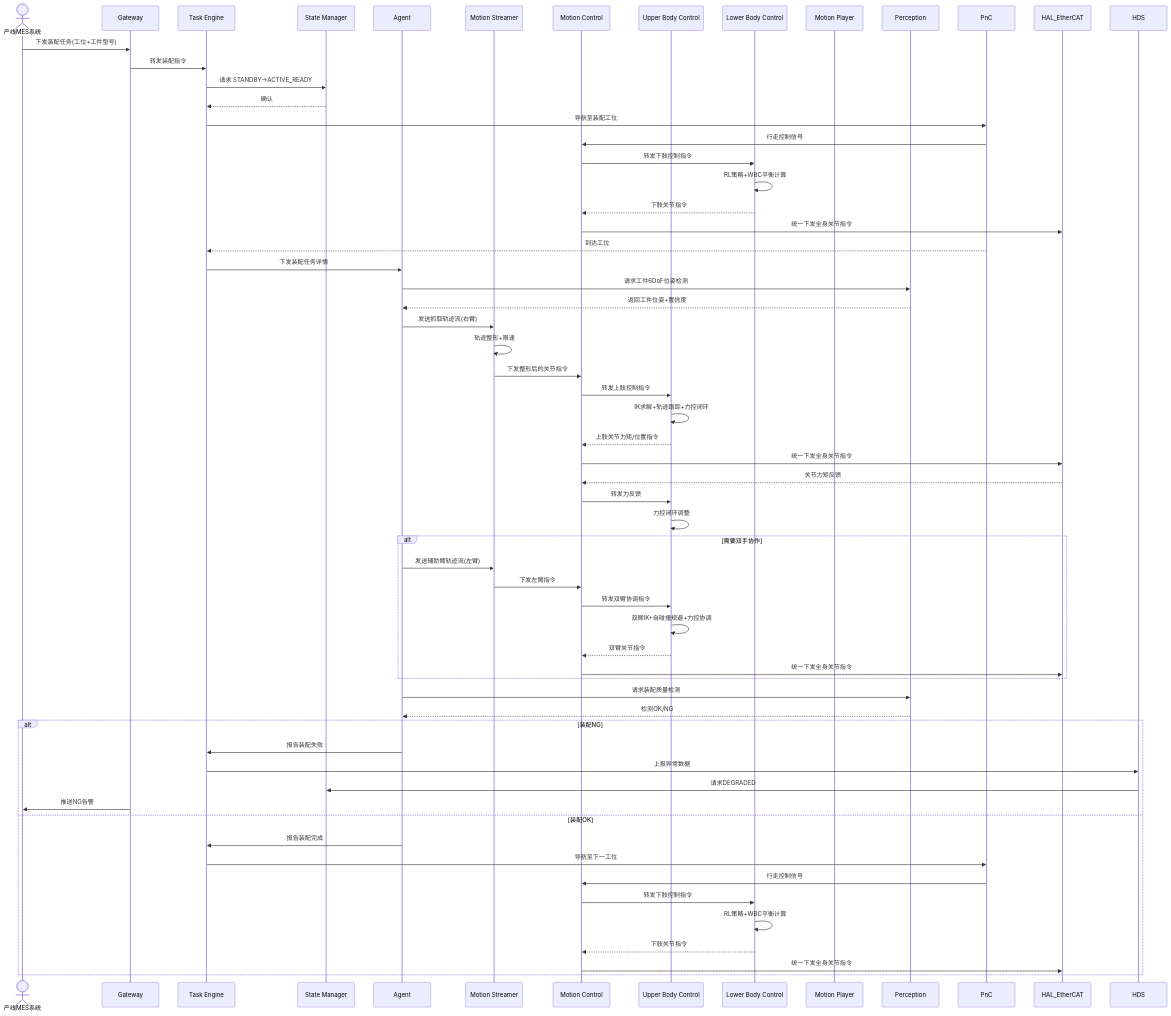
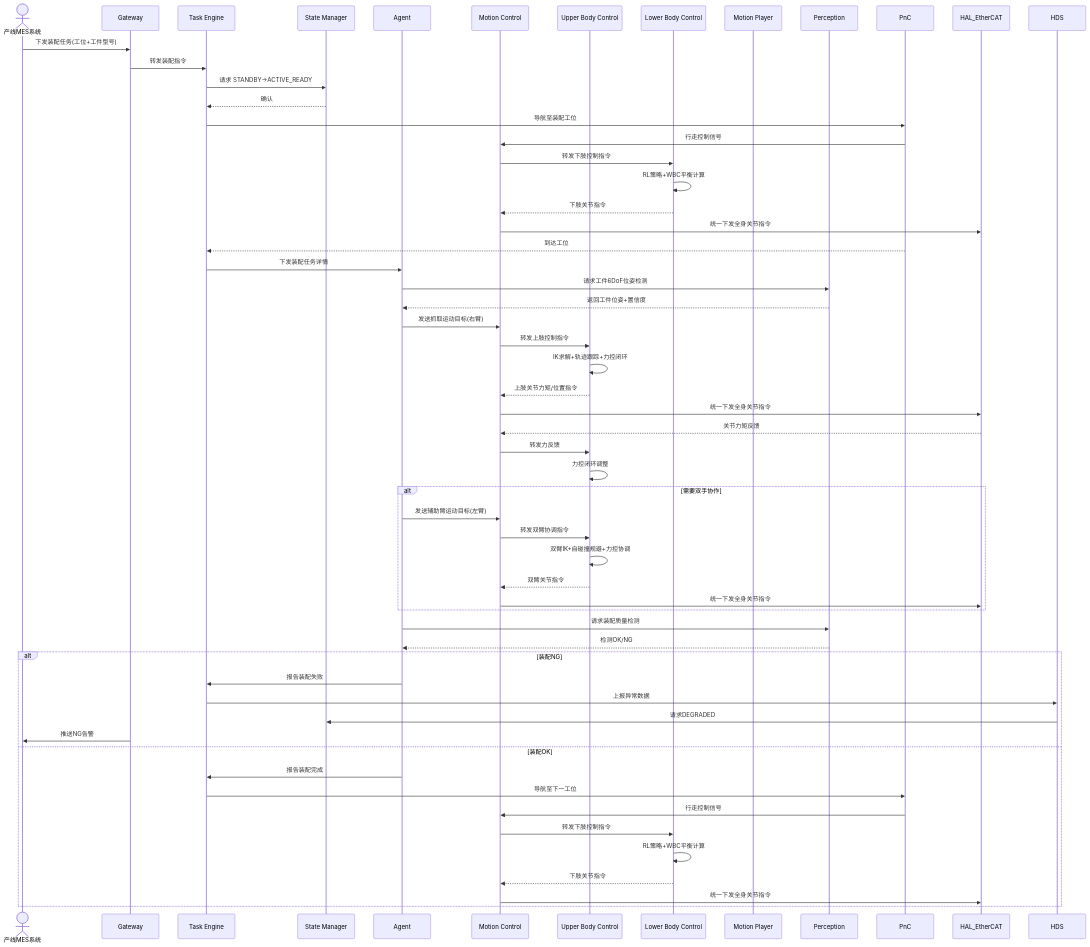
Before and after one commit to Tomaxwell/HomoBot: the diagram in design/use_cases/use_case_02_factory_assembly.md, drawn with Mermaid. The commit also changed other lines of this file and 66 other files, not shown here.

````diff
--- a/design/use_cases/use_case_02_factory_assembly.md
+++ b/design/use_cases/use_case_02_factory_assembly.md
@@ -26,71 +26,67 @@
 ```mermaid
 sequenceDiagram
     actor Operator as 产线MES系统
     participant Gateway
     participant TE as Task Engine
     participant SM as State Manager
     participant Agent as Agent
-    participant MS as Motion Streamer
     participant MC as Motion Control
     participant UC as Upper Body Control
     participant LC as Lower Body Control
     participant MP as Motion Player
     participant Perception as Perception
     participant PnC as PnC
     participant HAL_EtherCAT
     participant HDS as HDS
 
     Operator->>Gateway: 下发装配任务(工位+工件型号)
     Gateway->>TE: 转发装配指令
     TE->>SM: 请求 STANDBY→ACTIVE_READY
     SM-->>TE: 确认
     TE->>PnC: 导航至装配工位
     PnC->>MC: 行走控制信号
     MC->>LC: 转发下肢控制指令
     LC->>LC: RL策略+WBC平衡计算
     LC-->>MC: 下肢关节指令
     MC->>HAL_EtherCAT: 统一下发全身关节指令
     PnC-->>TE: 到达工位
 
     TE->>Agent: 下发装配任务详情
     Agent->>Perception: 请求工件6DoF位姿检测
     Perception-->>Agent: 返回工件位姿+置信度
 
-    Agent->>MS: 发送抓取轨迹流(右臂)
-    MS->>MS: 轨迹整形+限速
-    MS->>MC: 下发整形后的关节指令
+    Agent->>MC: 发送抓取运动目标(右臂)
     MC->>UC: 转发上肢控制指令
     UC->>UC: IK求解+轨迹跟踪+力控闭环
     UC-->>MC: 上肢关节力矩/位置指令
     MC->>HAL_EtherCAT: 统一下发全身关节指令
     HAL_EtherCAT-->>MC: 关节力矩反馈
     MC->>UC: 转发力反馈
     UC->>UC: 力控闭环调整
 
     alt 需要双手协作
-        Agent->>MS: 发送辅助臂轨迹流(左臂)
-        MS->>MC: 下发左臂指令
+        Agent->>MC: 发送辅助臂运动目标(左臂)
         MC->>UC: 转发双臂协调指令
         UC->>UC: 双臂IK+自碰撞规避+力控协调
         UC-->>MC: 双臂关节指令
         MC->>HAL_EtherCAT: 统一下发全身关节指令
     end
 
     Agent->>Perception: 请求装配质量检测
     Perception-->>Agent: 检测OK/NG
 
     alt 装配NG
         Agent->>TE: 报告装配失败
         TE->>HDS: 上报异常数据
         HDS->>SM: 请求DEGRADED
         Gateway->>Operator: 推送NG告警
     else 装配OK
         Agent->>TE: 报告装配完成
         TE->>PnC: 导航至下一工位
         PnC->>MC: 行走控制信号
         MC->>LC: 转发下肢控制指令
         LC->>LC: RL策略+WBC平衡计算
         LC-->>MC: 下肢关节指令
         MC->>HAL_EtherCAT: 统一下发全身关节指令
     end
 ```
````
